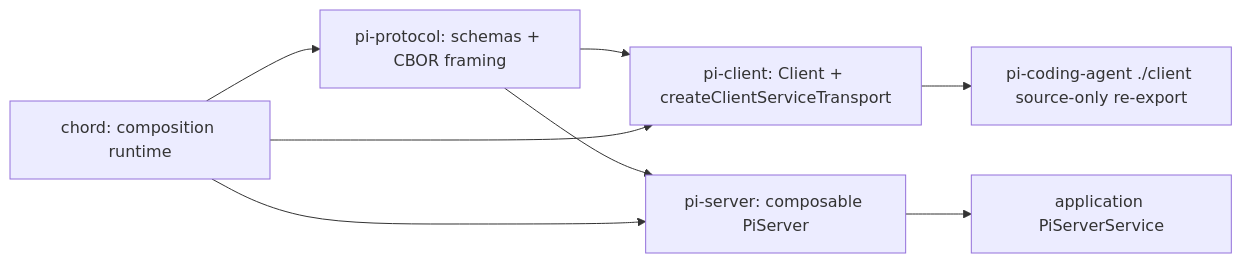
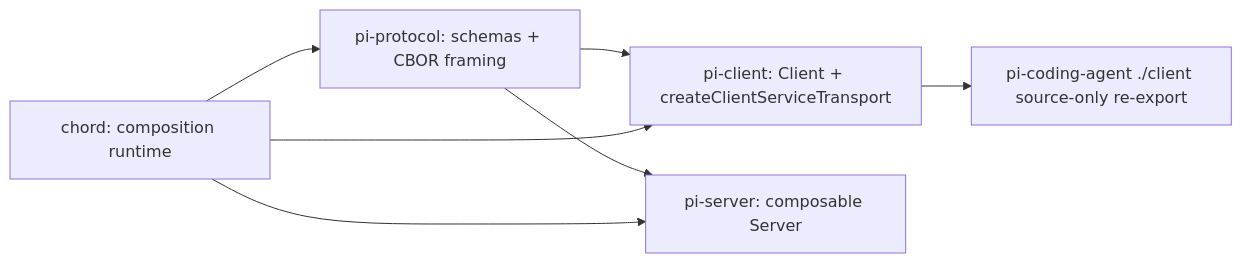
The second of 2 diagrams in docs/llm-wiki/pi/reference/package-index.md (wdnmdtonyma/SOTA-Agent-LLM-Wiki), drawn with Mermaid before and after one commit. The commit also changed other lines of this file and 246 other files, not shown here.

````diff
--- a/docs/llm-wiki/pi/reference/package-index.md
+++ b/docs/llm-wiki/pi/reference/package-index.md
@@ -124,10 +171,9 @@
 ```mermaid
 flowchart LR
   Chord["chord: composition runtime"] --> P["pi-protocol: schemas + CBOR framing"]
   P --> C["pi-client: Client + createClientServiceTransport"]
-  P --> S["pi-server: composable PiServer"]
+  P --> S["pi-server: composable Server"]
   Chord --> C
   Chord --> S
   C --> CA["pi-coding-agent ./client source-only re-export"]
-  S --> B["application PiServerService"]
 ```
````
